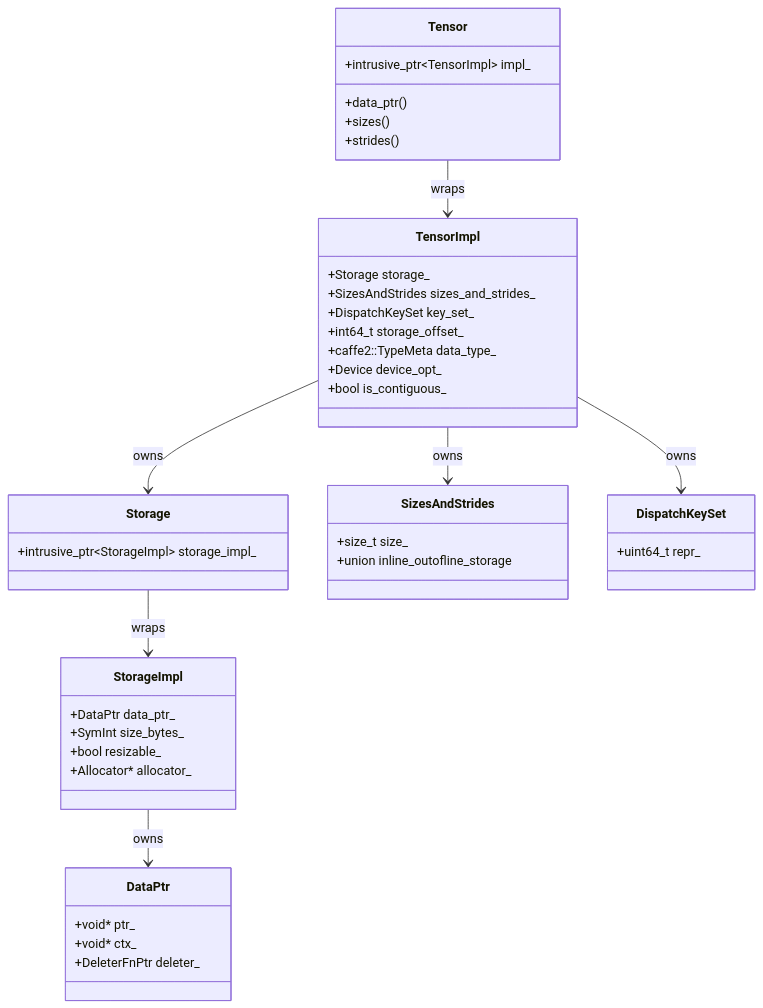
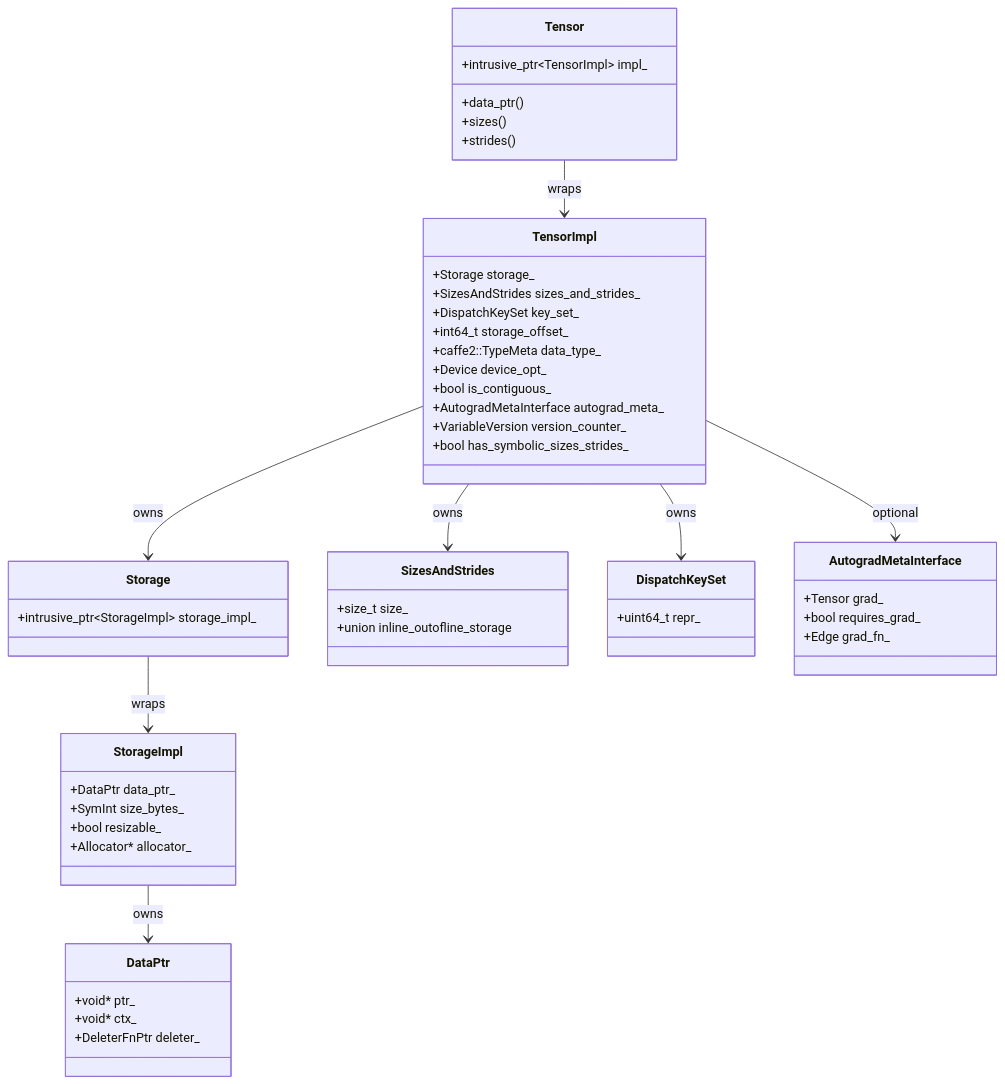
One commit to s0okiym/share changed the first of 12 diagrams in torch/opencode_kimi_tensor_impl.md. Above: the diagram before and after it, drawn with Mermaid. The commit also changed other lines of this file and 21 other files, not shown here.

````diff
--- a/torch/opencode_kimi_tensor_impl.md
+++ b/torch/opencode_kimi_tensor_impl.md
@@ -70,52 +78,62 @@
 ```mermaid
 classDiagram
     class Tensor {
         +intrusive_ptr~TensorImpl~ impl_
         +data_ptr()
         +sizes()
         +strides()
     }
-    
+
     class TensorImpl {
         +Storage storage_
         +SizesAndStrides sizes_and_strides_
         +DispatchKeySet key_set_
         +int64_t storage_offset_
         +caffe2::TypeMeta data_type_
         +Device device_opt_
         +bool is_contiguous_
+        +AutogradMetaInterface autograd_meta_
+        +VariableVersion version_counter_
+        +bool has_symbolic_sizes_strides_
     }
-    
+
     class Storage {
         +intrusive_ptr~StorageImpl~ storage_impl_
     }
-    
+
     class StorageImpl {
         +DataPtr data_ptr_
         +SymInt size_bytes_
         +bool resizable_
         +Allocator* allocator_
     }
-    
+
     class DataPtr {
         +void* ptr_
         +void* ctx_
         +DeleterFnPtr deleter_
     }
-    
+
     class SizesAndStrides {
         +size_t size_
         +union inline_outofline_storage
     }
-    
+
     class DispatchKeySet {
         +uint64_t repr_
     }
-    
+
+    class AutogradMetaInterface {
+        +Tensor grad_
+        +bool requires_grad_
+        +Edge grad_fn_
+    }
+
     Tensor --> TensorImpl : wraps
     TensorImpl --> Storage : owns
     Storage --> StorageImpl : wraps
     StorageImpl --> DataPtr : owns
     TensorImpl --> SizesAndStrides : owns
     TensorImpl --> DispatchKeySet : owns
+    TensorImpl --> AutogradMetaInterface : optional
 ```
````
